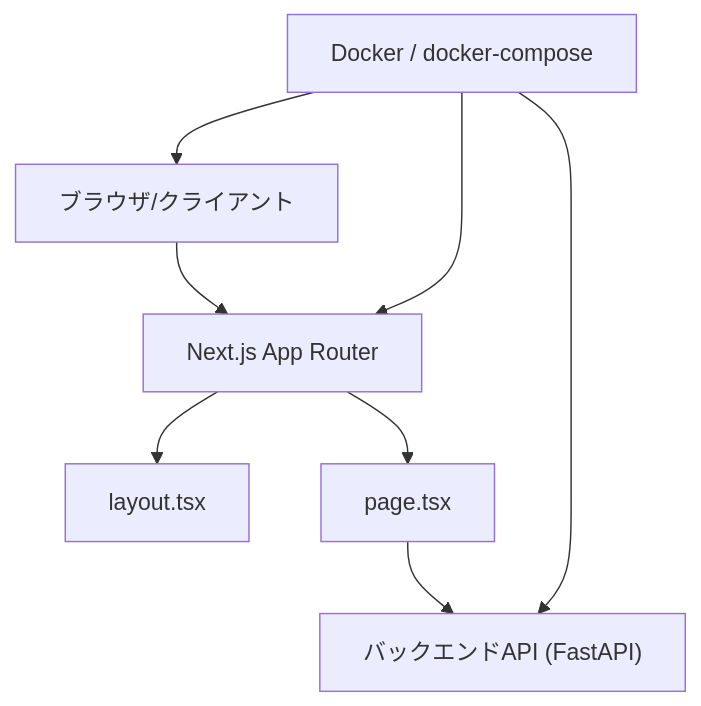
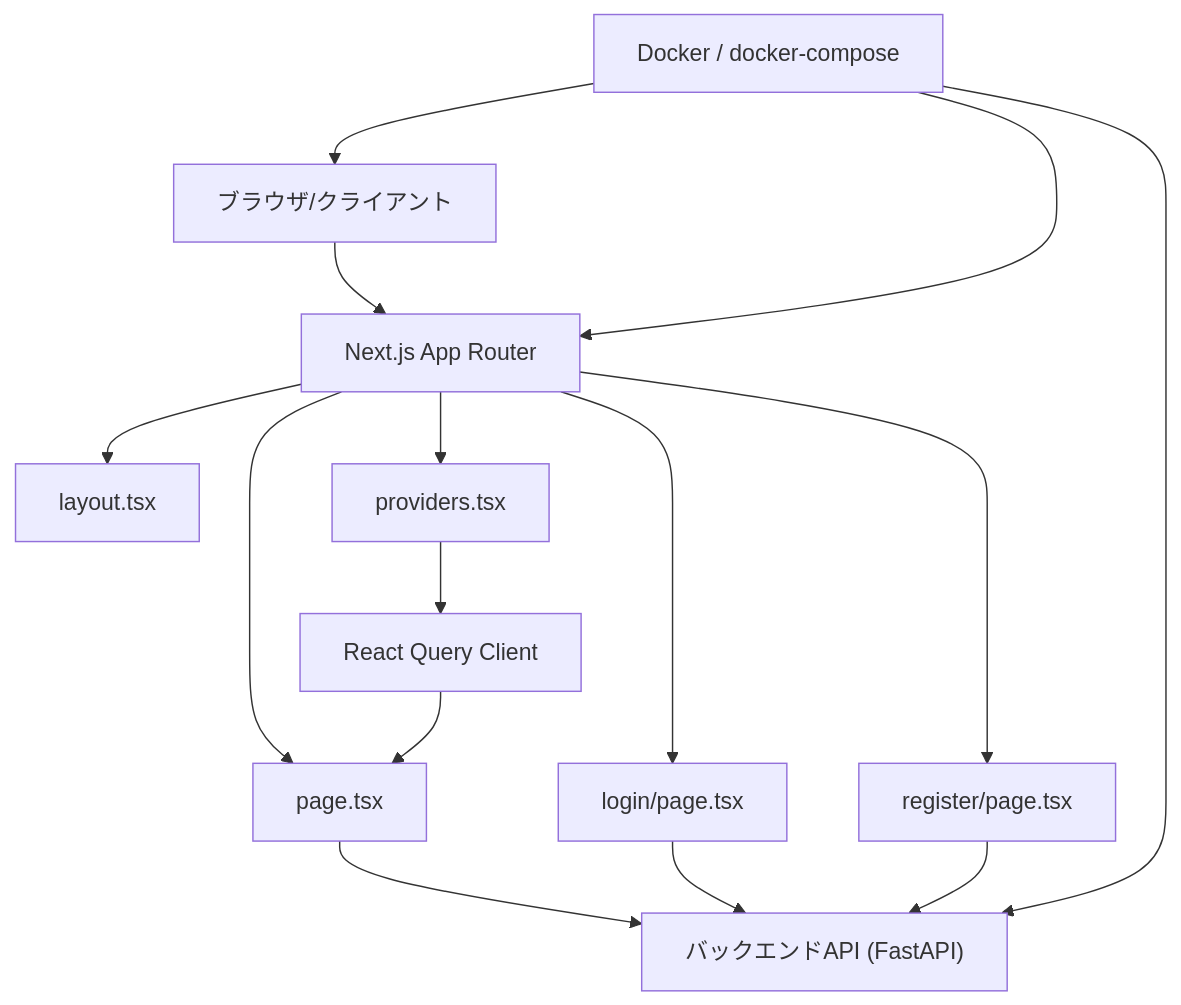
One commit to ss8806/Todos changed the second of 10 diagrams in .qoder/repowiki/ja/content/フロントエンド開発.md. Above: the diagram before and after it, drawn with Mermaid. The commit also changed other lines of this file and 3 other files, not shown here.

````diff
--- a/.qoder/repowiki/ja/content/フロントエンド開発.md
+++ b/.qoder/repowiki/ja/content/フロントエンド開発.md
@@ -135,16 +193,27 @@
 ```mermaid
 graph TB
 CLIENT["ブラウザ/クライアント"]
 NEXT["Next.js App Router"]
 LAYOUTCOMP["layout.tsx"]
 PAGECOMP["page.tsx"]
+LOGINCOMP["login/page.tsx"]
+REGISTERCOMP["register/page.tsx"]
+PROVIDERSCOMP["providers.tsx"]
+QUERYCLIENT["React Query Client"]
 API["バックエンドAPI (FastAPI)"]
 DOCKER["Docker / docker-compose"]
 CLIENT --> NEXT
 NEXT --> LAYOUTCOMP
 NEXT --> PAGECOMP
+NEXT --> LOGINCOMP
+NEXT --> REGISTERCOMP
+NEXT --> PROVIDERSCOMP
+PROVIDERSCOMP --> QUERYCLIENT
+QUERYCLIENT --> PAGECOMP
 PAGECOMP --> API
+LOGINCOMP --> API
+REGISTERCOMP --> API
 DOCKER --> CLIENT
 DOCKER --> NEXT
 DOCKER --> API
 ```
````
